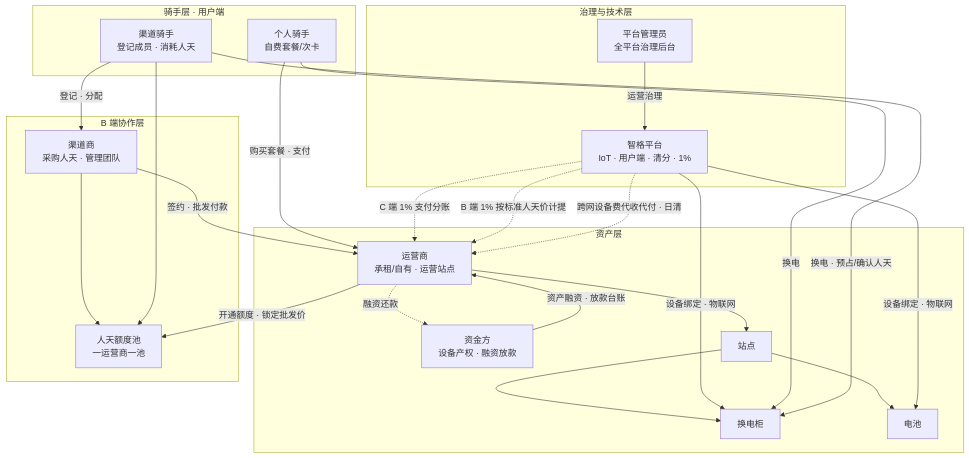
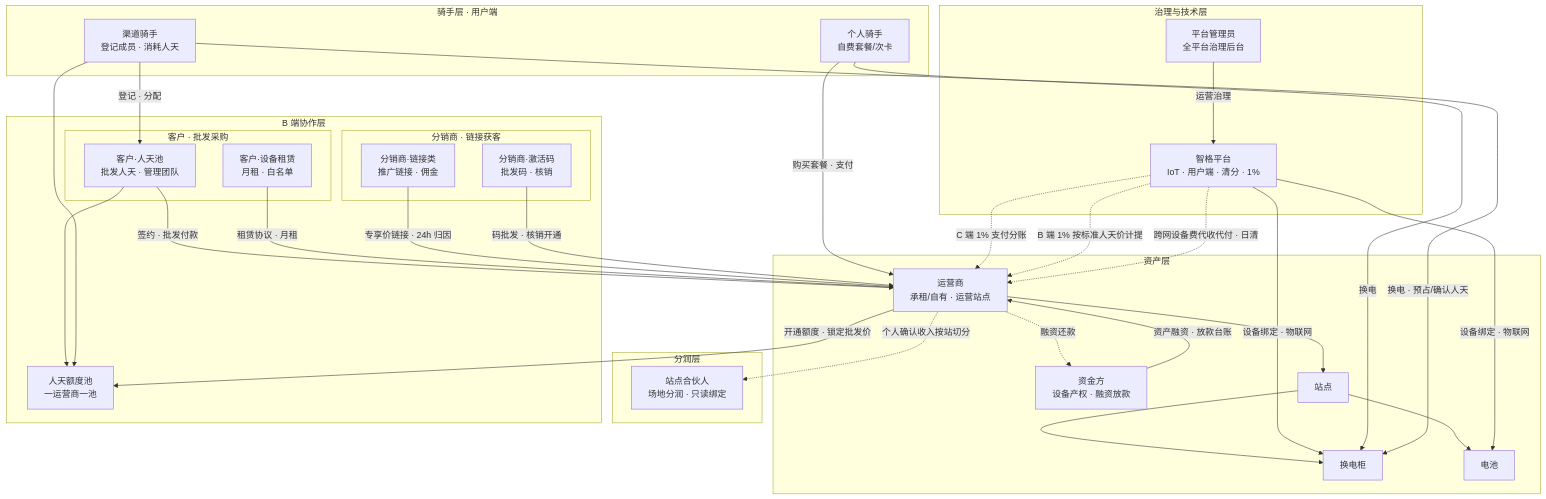
Before and after one commit to liudali/rider-swap-operator-prototype: the first of 6 diagrams in docs/documentation/md/业务整体预览图.md, drawn with Mermaid. The commit also changed other lines of this file and 4 other files, not shown here.

Commit message:
文档：业务整体预览图补全角色与路径

````diff
--- a/docs/documentation/md/业务整体预览图.md
+++ b/docs/documentation/md/业务整体预览图.md
@@ -164,41 +168,55 @@
 ```mermaid
 flowchart TB
   subgraph gov [治理与技术层]
     Admin["平台管理员<br/>全平台治理后台"]
     Plat["智格平台<br/>IoT · 用户端 · 清分 · 1%"]
     Admin -->|运营治理| Plat
   end
   subgraph asset [资产层]
     Lease["资金方<br/>设备产权 · 融资放款"]
     OP["运营商<br/>承租/自有 · 运营站点"]
     Site["站点"]
     Cab["换电柜"]
     Bat["电池"]
     Lease -->|资产融资 · 放款台账| OP
     OP --> Site
     Site --> Cab
     Site --> Bat
     Plat -->|设备绑定 · 物联网| Cab
     Plat -->|设备绑定 · 物联网| Bat
   end
+  subgraph partner [分润层]
+    SP["站点合伙人<br/>场地分润 · 只读绑定"]
+    OP -.->|个人确认收入按站切分| SP
+  end
   subgraph b2b [B 端协作层]
-    CH["渠道商<br/>采购人天 · 管理团队"]
+    subgraph clients [客户 · 批发采购]
+      CH1["客户·人天池<br/>批发人天 · 管理团队"]
+      CH3["客户·设备租赁<br/>月租 · 白名单"]
+    end
+    subgraph dist [分销商 · 链接获客]
+      CH2["分销商·链接类<br/>推广链接 · 佣金"]
+      CH4["分销商·激活码<br/>批发码 · 核销"]
+    end
     Pool["人天额度池<br/>一运营商一池"]
-    CH -->|签约 · 批发付款| OP
-    CH --> Pool
+    CH1 -->|签约 · 批发付款| OP
+    CH1 --> Pool
+    CH3 -->|租赁协议 · 月租| OP
     OP -->|开通额度 · 锁定批发价| Pool
+    CH2 -->|专享价链接 · 24h 归因| OP
+    CH4 -->|码批发 · 核销开通| OP
   end
   subgraph riders [骑手层 · 用户端]
     R1["个人骑手<br/>自费套餐/次卡"]
     R2["渠道骑手<br/>登记成员 · 消耗人天"]
   end
   R1 -->|购买套餐 · 支付| OP
   R1 -->|换电| Cab
-  R2 -->|登记 · 分配| CH
+  R2 -->|登记 · 分配| CH1
   R2 -->|换电 · 预占/确认人天| Cab
   R2 --> Pool
   Plat -.->|C 端 1% 支付分账| OP
   Plat -.->|B 端 1% 按标准人天价计提| OP
   Plat -.->|跨网设备费代收代付 · 日清| OP
   OP -.->|融资还款| Lease
 ```
````
